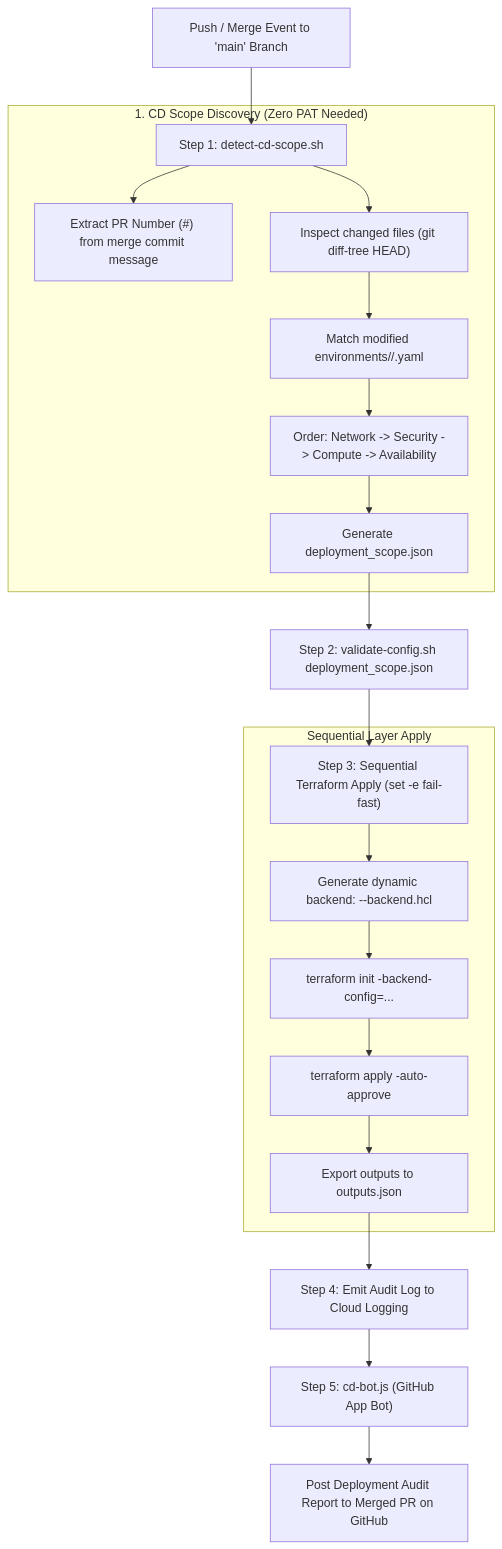
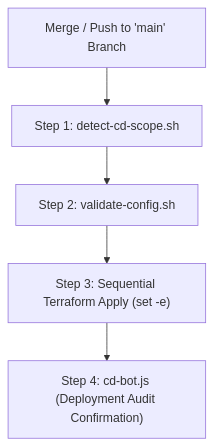
The second of 2 diagrams in cloudbuild-pipelines/scripts/README.md (yuva-cloud-devops/gcp-platform-foundation-terraform), drawn with Mermaid before and after one commit. The commit also changed other lines of this file and 15 other files, not shown here.

````diff
--- a/cloudbuild-pipelines/scripts/README.md
+++ b/cloudbuild-pipelines/scripts/README.md
@@ -81,26 +66,7 @@
 ```mermaid
 flowchart TD
-    Push["Push / Merge Event to 'main' Branch"] --> CD1["Step 1: detect-cd-scope.sh"]
-    
-    subgraph CDScopeDetection ["1. CD Scope Discovery (Zero PAT Needed)"]
-        CD1 --> C1["Extract PR Number (#<NUM>) from merge commit message"]
-        CD1 --> C2["Inspect changed files (git diff-tree HEAD)"]
-        C2 --> C3["Match modified environments/<env>/<layer>.yaml"]
-        C3 --> C4["Order: Network -> Security -> Compute -> Availability"]
-        C4 --> C5["Generate deployment_scope.json"]
-    end
-    
-    C5 --> CD2["Step 2: validate-config.sh deployment_scope.json"]
-    CD2 --> CD3["Step 3: Sequential Terraform Apply (set -e fail-fast)"]
-    
-    subgraph TFApply ["Sequential Layer Apply"]
-        CD3 --> T1["Generate dynamic backend: <layer>-<env>-backend.hcl"]
-        T1 --> T2["terraform init -backend-config=..."]
-        T2 --> T3["terraform apply -auto-approve"]
-        T3 --> T4["Export outputs to outputs.json"]
-    end
-    
-    T4 --> CD4["Step 4: Emit Audit Log to Cloud Logging"]
-    CD4 --> CD5["Step 5: cd-bot.js (GitHub App Bot)"]
-    CD5 --> CD6["Post Deployment Audit Report to Merged PR on GitHub"]
+    Push["Merge / Push to 'main' Branch"] --> CD1["Step 1: detect-cd-scope.sh"]
+    CD1 --> CD2["Step 2: validate-config.sh"]
+    CD2 --> CD3["Step 3: Sequential Terraform Apply (set -e)"]
+    CD3 --> CD4["Step 4: cd-bot.js (Deployment Audit Confirmation)"]
 ```
````
